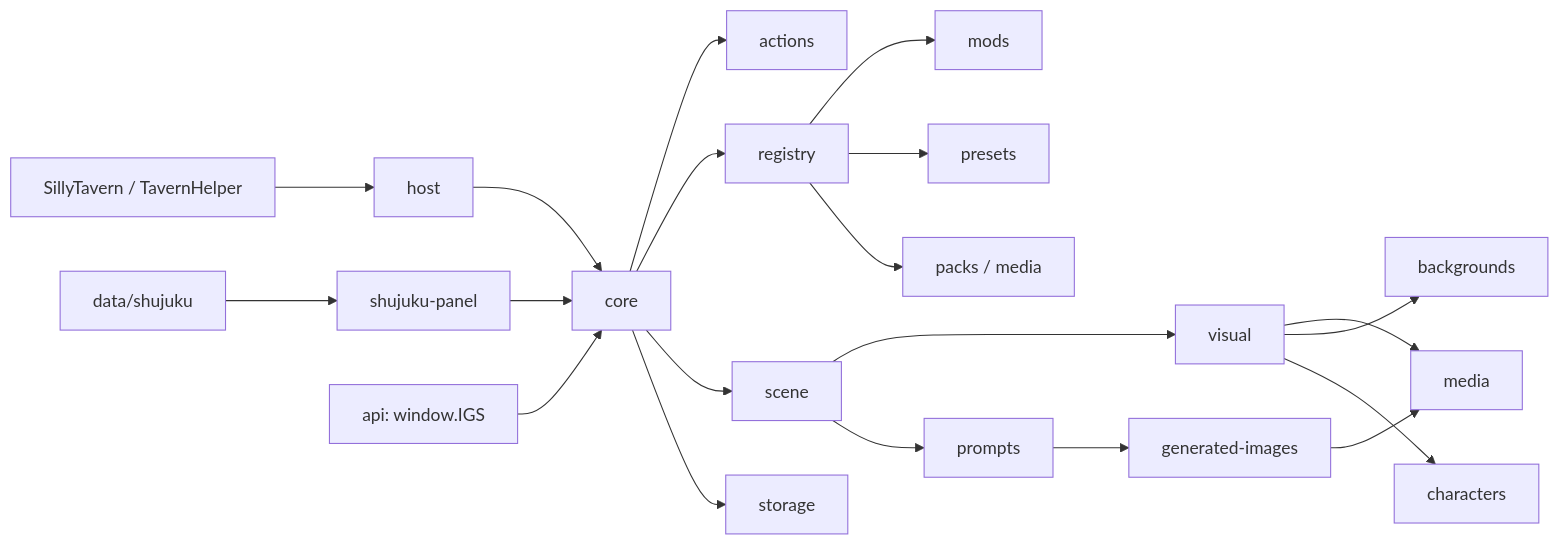
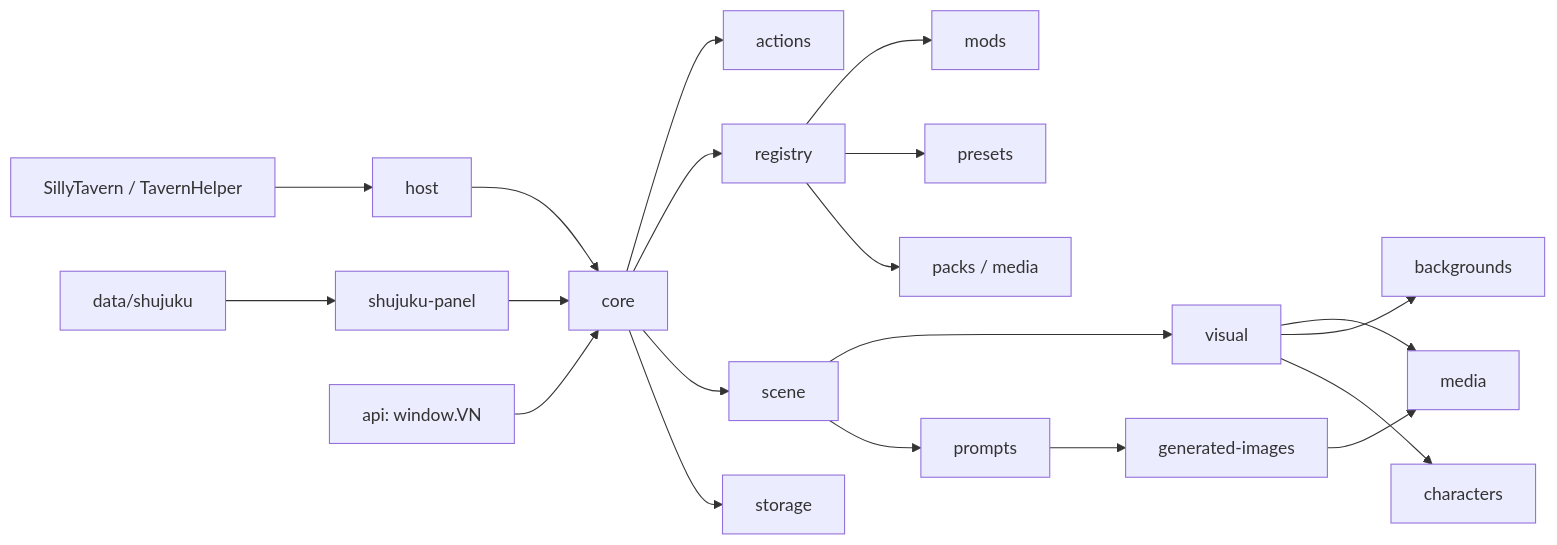
One commit to xiagaogaozi/Immersive-Galgame-System changed the diagram in docs/ARCHITECTURE.md. Above: the diagram before and after it, drawn with Mermaid. The commit also changed other lines of this file and 88 other files, not shown here.

````diff
--- a/docs/ARCHITECTURE.md
+++ b/docs/ARCHITECTURE.md
@@ -7,22 +7,22 @@
 ```mermaid
 flowchart LR
     Tavern["SillyTavern / TavernHelper"] --> Host["host"]
     Host --> Core["core"]
     Core --> Actions["actions"]
     Core --> Registry["registry"]
     Core --> Scene["scene"]
     Scene --> Visual["visual"]
     Scene --> Prompts["prompts"]
     Visual --> Media["media"]
     Visual --> Backgrounds["backgrounds"]
     Visual --> Characters["characters"]
     Prompts --> Generated["generated-images"]
     Generated --> Media
     Registry --> Mods["mods"]
     Registry --> Presets["presets"]
     Registry --> Packs["packs / media"]
     Core --> Storage["storage"]
     ShujukuData["data/shujuku"] --> ShujukuPanel["shujuku-panel"]
     ShujukuPanel --> Core
-    Api["api: window.IGS"] --> Core
+    Api["api: window.VN"] --> Core
 ```
````
